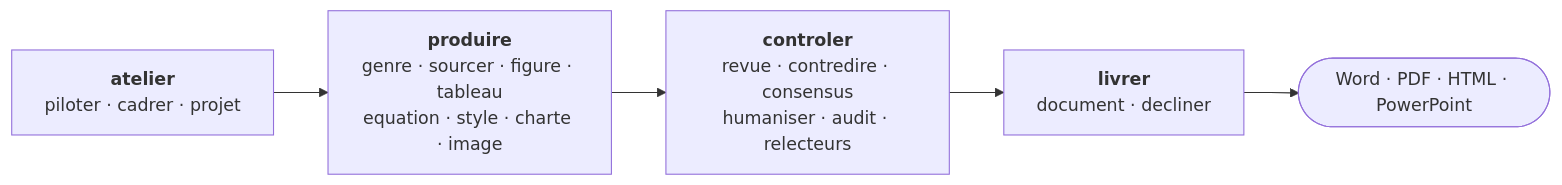
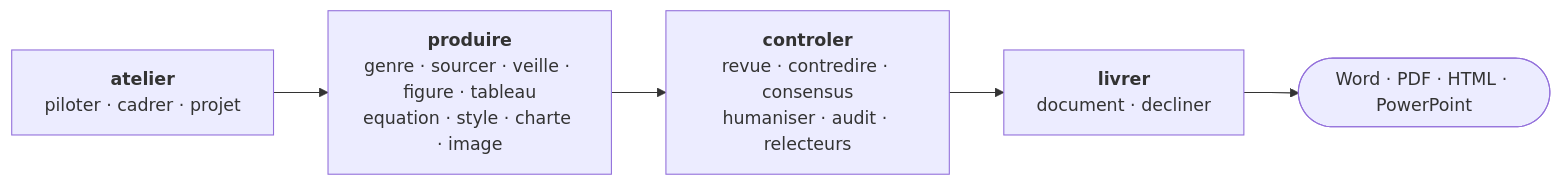
The diagram in README.md (MariusYvard/Scriptorium), drawn with Mermaid before and after one commit. The commit also changed other lines of this file and 59 other files, not shown here.

Commit message:
0.7.0 : integrite des sources (triangulation, ancres, temporel), comite de revue (contrat preenregistre, concession, trajectoire), journal de projet a reprise par hash, veille, CRediT, 47 mecanismes reimplementes (idees d'academic-research-skills, zero copie)

````diff
--- a/README.md
+++ b/README.md
@@ -20,7 +20,7 @@
 ```mermaid
 flowchart LR
-  A["<b>atelier</b><br/>piloter · cadrer · projet"] --> P["<b>produire</b><br/>genre · sourcer · figure · tableau<br/>equation · style · charte · image"]
+  A["<b>atelier</b><br/>piloter · cadrer · projet"] --> P["<b>produire</b><br/>genre · sourcer · veille · figure · tableau<br/>equation · style · charte · image"]
   P --> C["<b>controler</b><br/>revue · contredire · consensus<br/>humaniser · audit · relecteurs"]
   C --> L["<b>livrer</b><br/>document · decliner"]
   L --> O(["Word · PDF · HTML · PowerPoint"])
 ```
````
